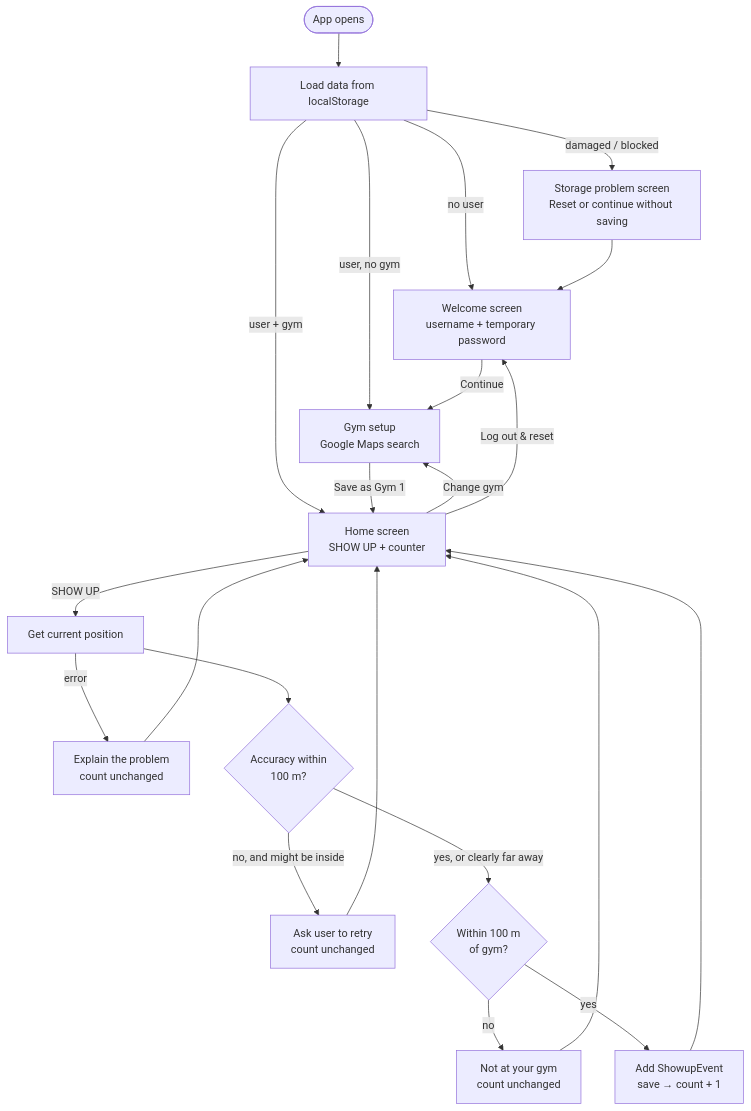
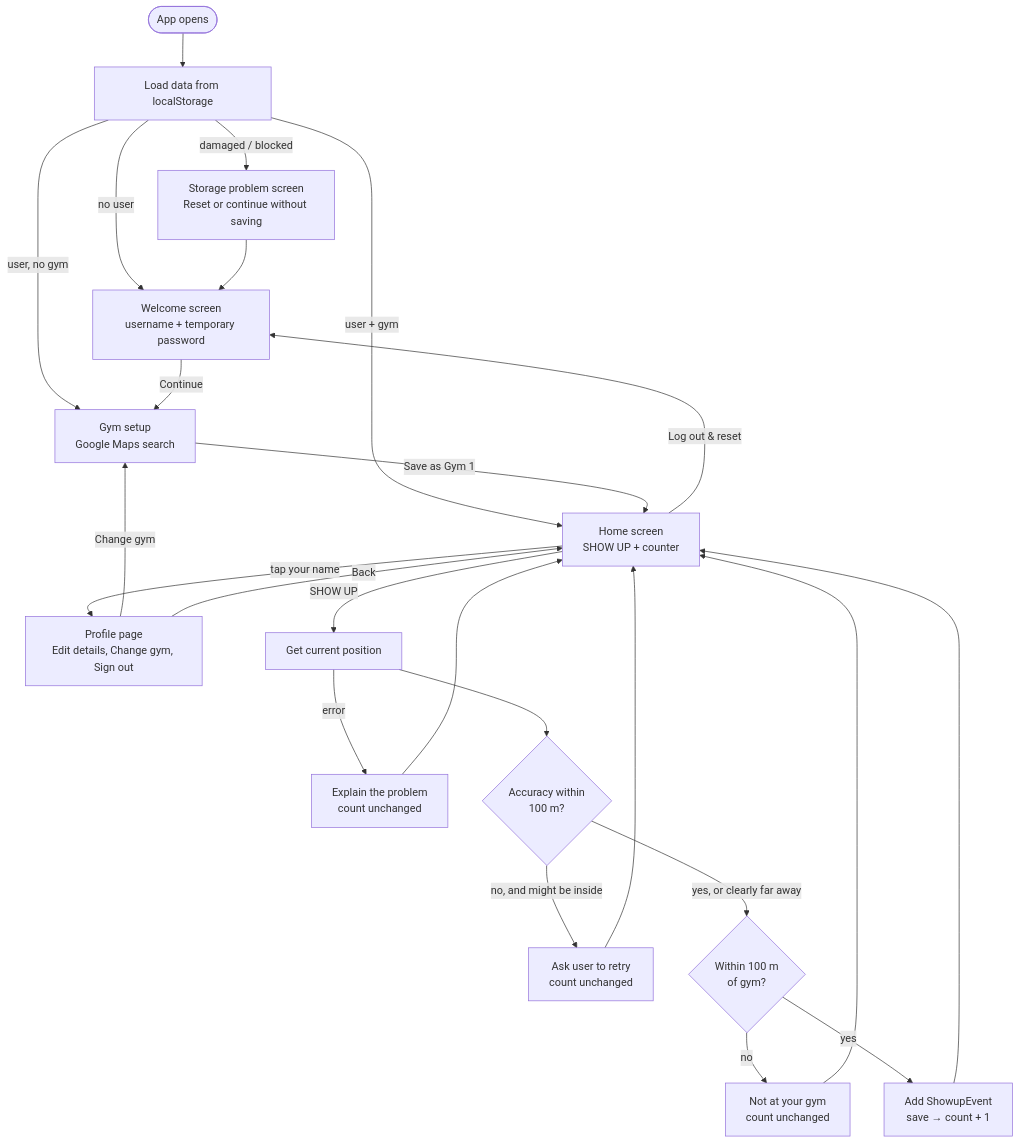
One commit to jaydeeps-hub/showup changed the first of 2 diagrams in docs/ARCHITECTURE.md. Above: the diagram before and after it, drawn with Mermaid. The commit also changed 14 other files, not shown here.

First line of the commit message:
fix: show saved name on home, add Edit mode to Profile, limit birthday to 15+ years

````diff
--- a/docs/ARCHITECTURE.md
+++ b/docs/ARCHITECTURE.md
@@ -34,24 +34,26 @@
 ```mermaid
 flowchart TD
     Start([App opens]) --> Load[Load data from localStorage]
     Load -->|damaged / blocked| Problem[Storage problem screen<br/>Reset or continue without saving]
     Load -->|no user| Welcome[Welcome screen<br/>username + temporary password]
     Load -->|user, no gym| Setup
     Load -->|user + gym| Home
     Problem --> Welcome
     Welcome -->|Continue| Setup[Gym setup<br/>Google Maps search]
     Setup -->|Save as Gym 1| Home[Home screen<br/>SHOW UP + counter]
-    Home -->|Change gym| Setup
+    Home -->|tap your name| Profile[Profile page<br/>Edit details, Change gym, Sign out]
+    Profile -->|Change gym| Setup
+    Profile -->|Back| Home
     Home -->|Log out & reset| Welcome
     Home -->|SHOW UP| Locate[Get current position]
     Locate -->|error| ErrorMsg[Explain the problem<br/>count unchanged]
     Locate --> Accuracy{Accuracy within<br/>100 m?}
     Accuracy -->|no, and might be inside| Retry[Ask user to retry<br/>count unchanged]
     Accuracy -->|yes, or clearly far away| Distance{Within 100 m<br/>of gym?}
     Distance -->|no| Outside[Not at your gym<br/>count unchanged]
     Distance -->|yes| Record[Add ShowupEvent<br/>save → count + 1]
     ErrorMsg --> Home
     Retry --> Home
     Outside --> Home
     Record --> Home
 ```
````
